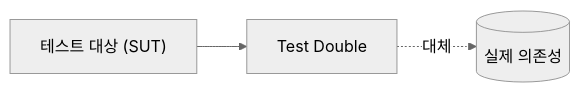
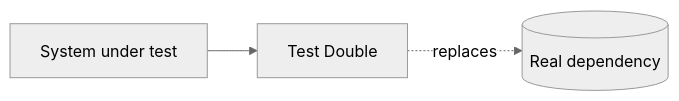
One commit to yeongseon-books/book-content changed the diagram in content/testing-101/ko/05-test-double.md. Above: the diagram before and after it, drawn with Mermaid (neutral theme). The commit also changed other lines of this file and 9 other files, not shown here.

````diff
--- a/content/testing-101/ko/05-test-double.md
+++ b/content/testing-101/ko/05-test-double.md
@@ -35,5 +50,5 @@
 ```mermaid
 flowchart LR
-    SUT["테스트 대상 (SUT)"] --> Double["Test Double"]
-    Double -.->|대체| Real[("실제 의존성")]
+    SUT["System under test"] --> Double["Test Double"]
+    Double -.->|replaces| Real[("Real dependency")]
 ```
````
